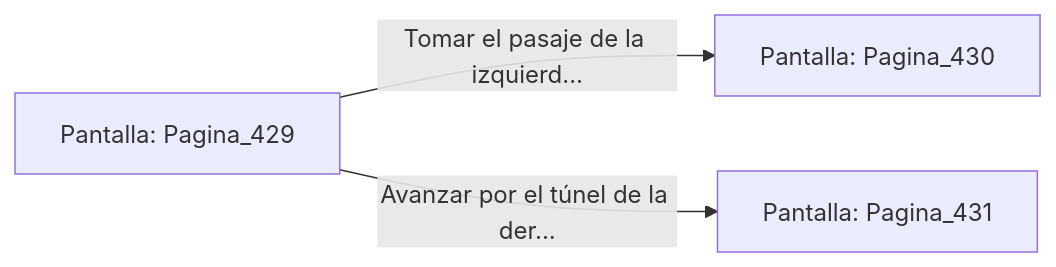
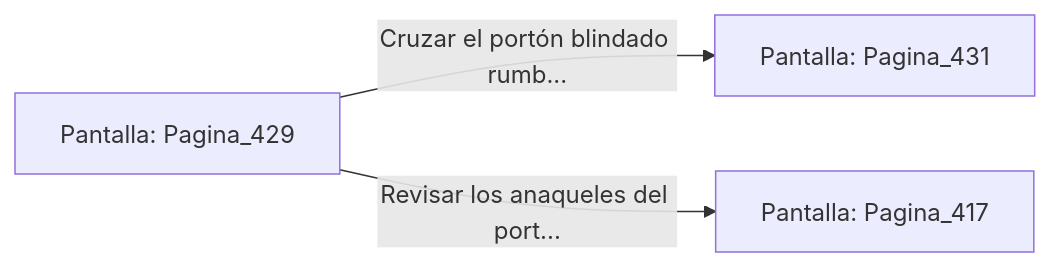
The diagram in sample/eligejuego-vault/Pantalla_Pagina_429.md (metsuke/mpl), drawn with Mermaid before and after one commit. The commit also changed other lines of this file and 635 other files, not shown here.

First line of the commit message:
fix: añadir Pagina_1 como pantalla inicial en capitulo_01.mpl

````diff
--- a/sample/eligejuego-vault/Pantalla_Pagina_429.md
+++ b/sample/eligejuego-vault/Pantalla_Pagina_429.md
@@ -20,6 +24,6 @@
 ```mermaid
 graph LR
     P_Pagina_429["Pantalla: Pagina_429"]
-    P_Pagina_429 -->|"Tomar el pasaje de la izquierd..."| P_Pagina_430["Pantalla: Pagina_430"]
-    P_Pagina_429 -->|"Avanzar por el túnel de la der..."| P_Pagina_431["Pantalla: Pagina_431"]
+    P_Pagina_429 -->|"Cruzar el portón blindado rumb..."| P_Pagina_431["Pantalla: Pagina_431"]
+    P_Pagina_429 -->|"Revisar los anaqueles del port..."| P_Pagina_417["Pantalla: Pagina_417"]
 ```
````
